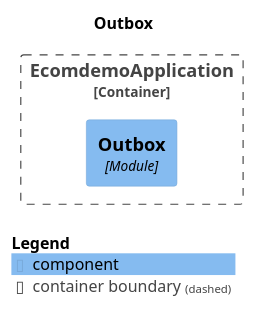
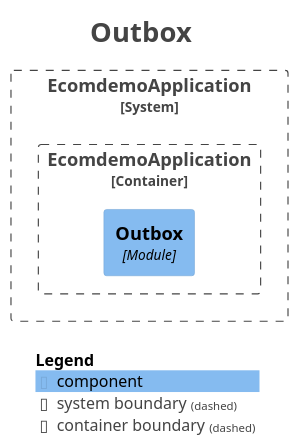
Before and after one commit to mr-sujay-patil/ecomdemo: the diagram in docs/modules/module-outbox.puml, drawn with PlantUML. The commit also changed 17 other files, not shown here.

```diff
--- a/docs/modules/module-outbox.puml
+++ b/docs/modules/module-outbox.puml
@@ -1,17 +1,27 @@
 @startuml
+title <size:24>Outbox</size>
+
 set separator none
-title Outbox
+top to bottom direction
 
-top to bottom direction
+<style>
+  root {
+    BackgroundColor: #ffffff
+    FontColor: #444444
+  }
+</style>
 
 !include <C4/C4>
 !include <C4/C4_Context>
 !include <C4/C4_Component>
 
-Container_Boundary("EcomdemoApplication.EcomdemoApplication_boundary", "EcomdemoApplication", $tags="") {
-  Component(EcomdemoApplication.EcomdemoApplication.Outbox, "Outbox", $techn="Module", $descr="", $tags="", $link="")
+System_Boundary("EcomdemoApplication_boundary", "EcomdemoApplication", $tags="") {
+  Container_Boundary("EcomdemoApplication.EcomdemoApplication_boundary", "EcomdemoApplication", $tags="") {
+    Component(EcomdemoApplication.EcomdemoApplication.Outbox, "Outbox", $techn="Module", $descr="", $tags="", $link="")
+  }
+
 }
 
-
 SHOW_LEGEND(true)
+hide stereotypes
 @enduml
```
